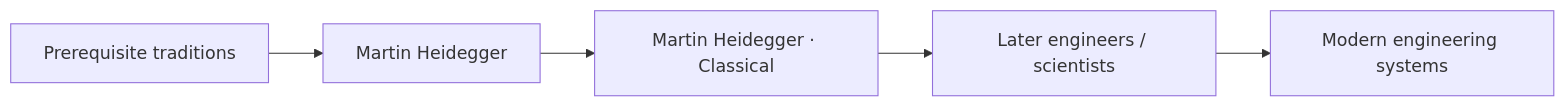
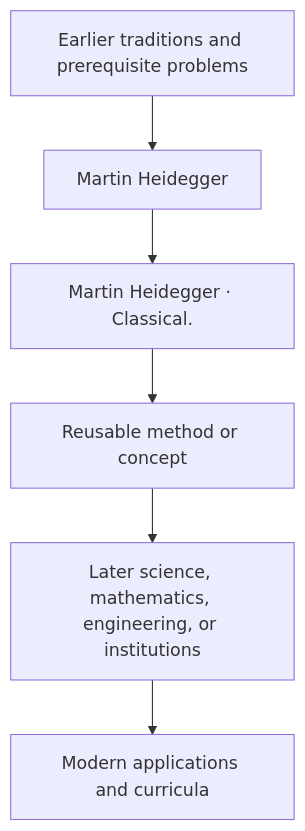
Before and after one commit to via-decide/ViaLogic: the diagram in docs/history/martin-heidegger/influence.md, drawn with Mermaid. The commit also changed other lines of this file and 858 other files, not shown here.

````diff
--- a/docs/history/martin-heidegger/influence.md
+++ b/docs/history/martin-heidegger/influence.md
@@ -29,7 +16,8 @@
 ```mermaid
-graph LR
-  prerequisites["Prerequisite traditions"] --> current["Martin Heidegger"]
-  current --> contribution["Martin Heidegger · Classical"]
-  contribution --> successors["Later engineers / scientists"]
-  successors --> modern["Modern engineering systems"]
+graph TD
+  Prior[Earlier traditions and prerequisite problems] --> Person[Martin Heidegger]
+  Person --> Contribution[Martin Heidegger · Classical.]
+  Contribution --> Method[Reusable method or concept]
+  Method --> Later[Later science, mathematics, engineering, or institutions]
+  Later --> Modern[Modern applications and curricula]
 ```
````
